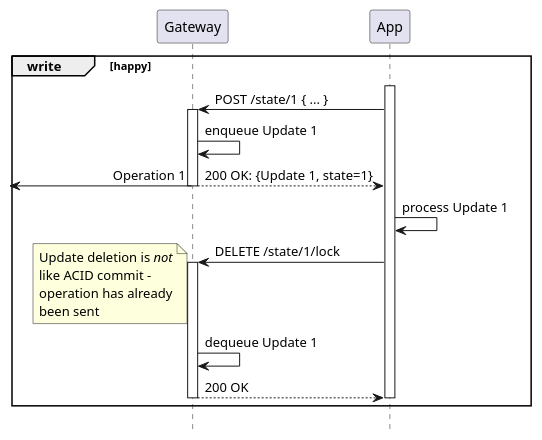
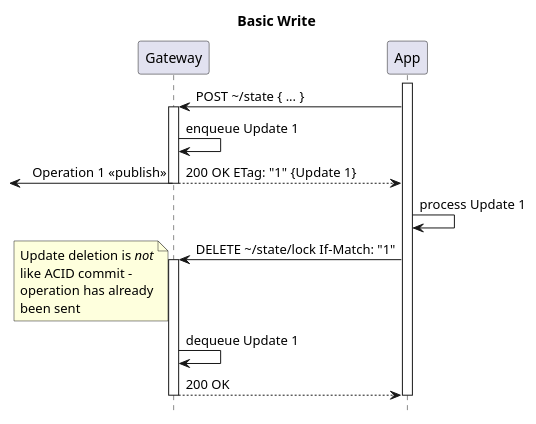
The diagram in architecture/api/http/1-basic-write.seq.puml (m-ld/m-ld-gateway), drawn with PlantUML before and after one commit. The commit also changed 27 other files, not shown here.

```diff
--- a/architecture/api/http/1-basic-write.seq.puml
+++ b/architecture/api/http/1-basic-write.seq.puml
@@ -1,28 +1,29 @@
 @startuml
 'https://plantuml.com/sequence-diagram
 !pragma teoz true
 hide footbox
 
+title: Basic Write
+
 participant Gateway as gw
 participant "App" as app
 
-group write [happy]
 activate app
-app -> gw ++: POST /state/1 { ... }
+app -> gw ++: POST \~/state { ... }
 gw -> gw: enqueue Update 1
-return 200 OK: {Update 1, state=1}
-& <- gw: Operation 1
+'Note that other operations on the domain can happen independently
+return 200 OK ETag: "1" {Update 1}
+& <- gw: Operation 1 <<publish>>
 app -> app: process Update 1
-app -> gw ++: DELETE /state/1/lock
+app -> gw ++: DELETE \~/state/lock If-Match: "1"
 note left
 Update deletion is //not//
 like ACID commit –
 operation has already
 been sent
 end note
 gw -> gw: dequeue Update 1
 return 200 OK
 deactivate app
-end group
 
 @enduml
```
